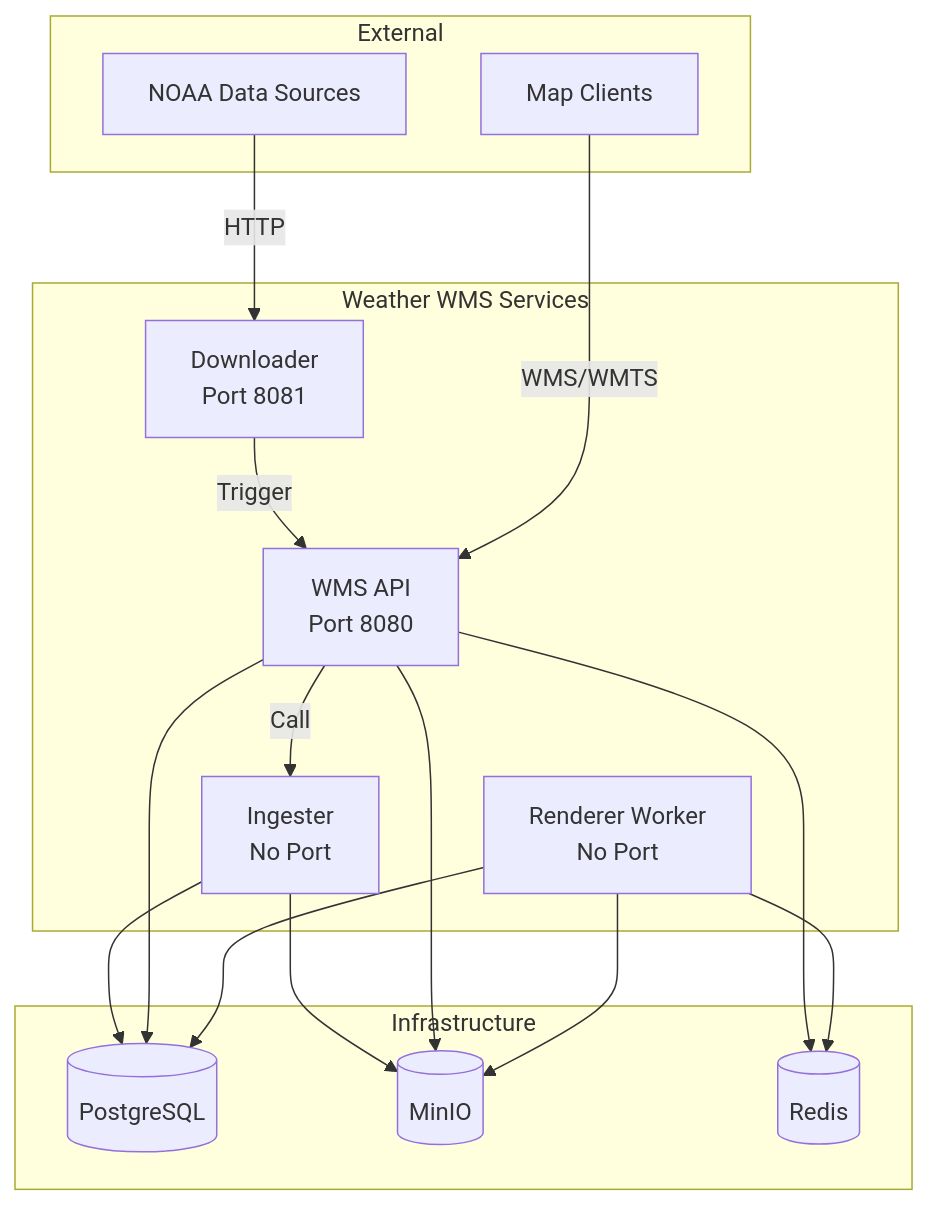
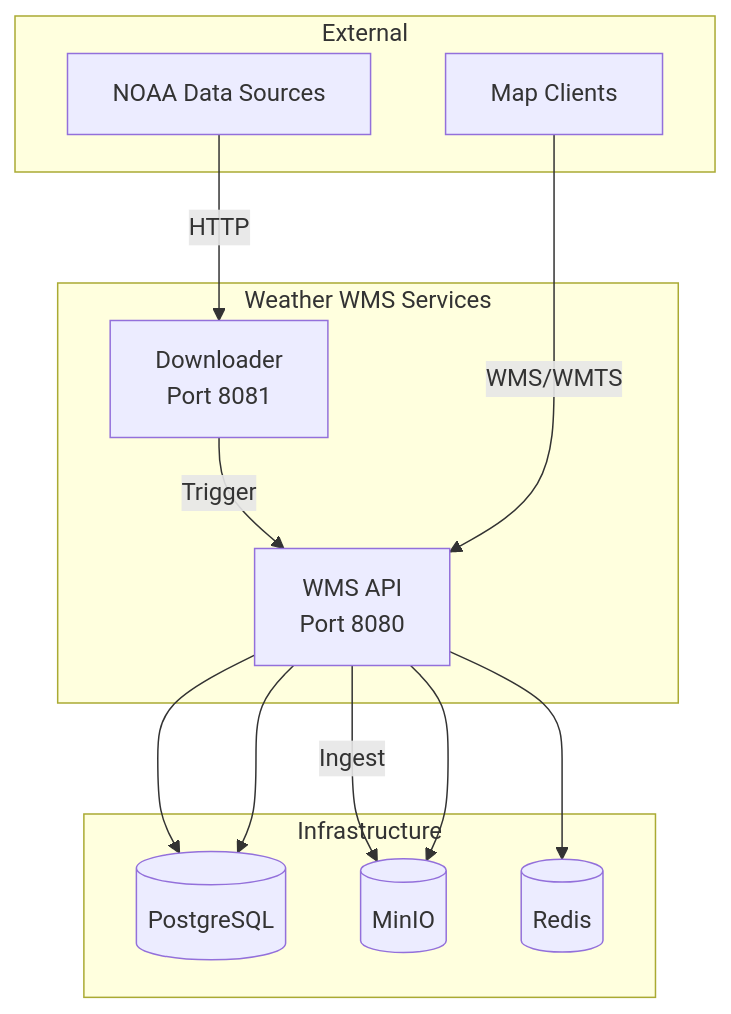
The diagram in docs/src/services/README.md (JoegottabeGitenme/JoeGCServices), drawn with Mermaid before and after one commit. The commit also changed other lines of this file and 31 other files, not shown here.

````diff
--- a/docs/src/services/README.md
+++ b/docs/src/services/README.md
@@ -7,39 +7,30 @@
 ```mermaid
 graph TB
     subgraph External
         NOAA["NOAA Data Sources"]
         Client["Map Clients"]
     end
     
     subgraph Services["Weather WMS Services"]
         DL["Downloader
         Port 8081"]
-        ING["Ingester
-        No Port"]
         API["WMS API
         Port 8080"]
-        WORKER["Renderer Worker
-        No Port"]
     end
     
     subgraph Infrastructure
         PG[("PostgreSQL")]
         MINIO[("MinIO")]
         REDIS[("Redis")]
     end
     
     NOAA -->|HTTP| DL
     DL -->|Trigger| API
-    API -->|Call| ING
-    ING --> PG
-    ING --> MINIO
+    API -->|Ingest| MINIO
+    API --> PG
     
     Client -->|WMS/WMTS| API
     API --> PG
     API --> MINIO
     API --> REDIS
-    
-    WORKER --> REDIS
-    WORKER --> PG
-    WORKER --> MINIO
 ```
````
